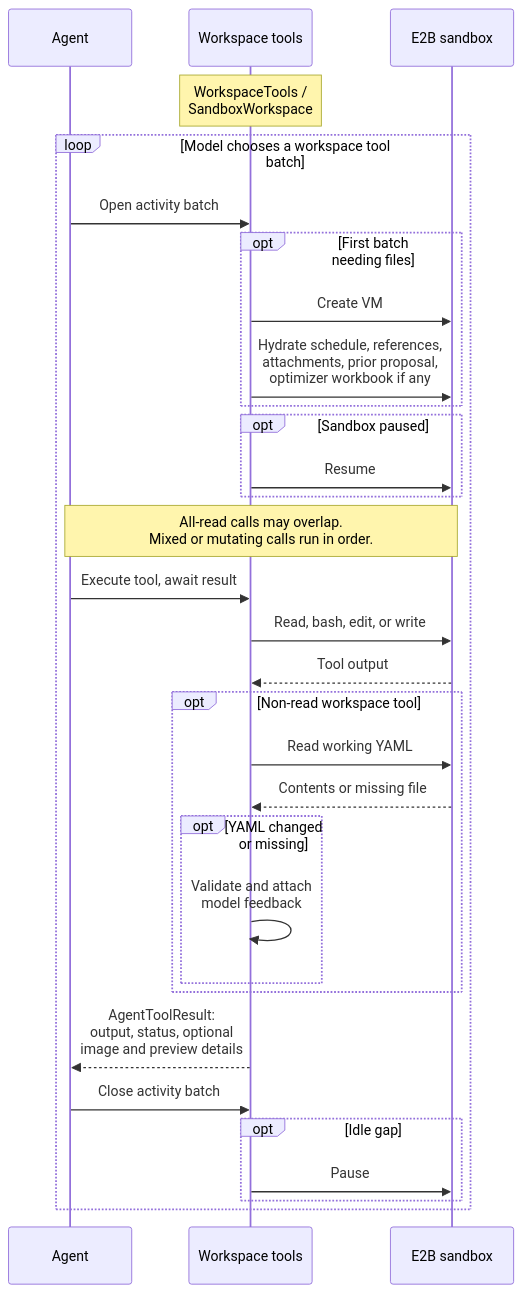
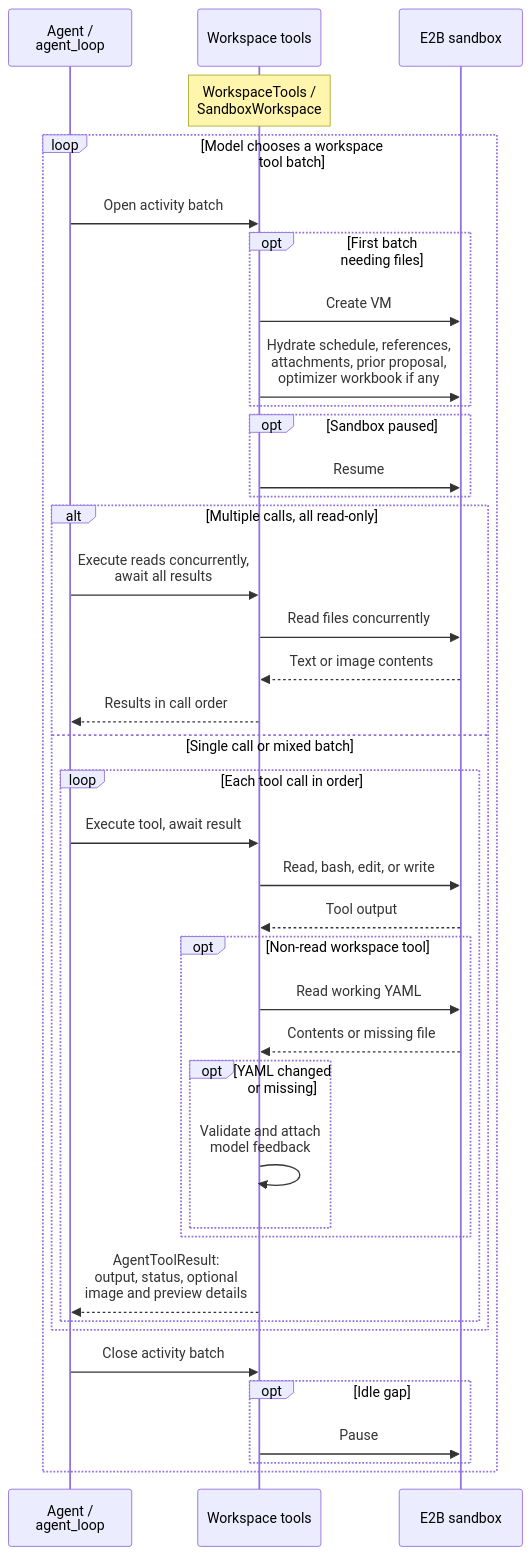
The seventh of 14 diagrams in docs/content/developer-guide/ai-assistant.md (j3soon/nurse-scheduling), drawn with Mermaid before and after one commit. The commit also changed other lines of this file and 1 other file, not shown here.

First line of the commit message:
docs(ai): clarify runtime flow and diagram relationships

````diff
--- a/docs/content/developer-guide/ai-assistant.md
+++ b/docs/content/developer-guide/ai-assistant.md
@@ -360,45 +292,53 @@
 ```mermaid
 ---
 config:
   sequence:
     actorMargin: 12
     width: 140
     diagramMarginX: 4
     diagramMarginY: 8
     wrap: false
     wrapPadding: 4
 ---
 sequenceDiagram
-    participant Agent
+    participant Agent as Agent /<br/>agent_loop
     participant Workspace as Workspace tools
     participant E2B as E2B sandbox
 
     Note over Workspace: WorkspaceTools /<br/>SandboxWorkspace
     loop Model chooses a workspace tool batch
         Agent->>Workspace: Open activity batch
         opt First batch<br/>needing files
             Workspace->>E2B: Create VM
             Workspace->>E2B: Hydrate schedule, references,<br/>attachments, prior proposal,<br/>optimizer workbook if any
         end
         opt Sandbox paused
             Workspace->>E2B: Resume
         end
-        Note over Agent,E2B: All-read calls may overlap.<br/>Mixed or mutating calls run in order.
-        Agent->>Workspace: Execute tool, await result
-        Workspace->>E2B: Read, bash, edit, or write
-        E2B-->>Workspace: Tool output
-        opt Non-read workspace tool
-            Workspace->>E2B: Read working YAML
-            E2B-->>Workspace: Contents or missing file
-            opt YAML changed<br/>or missing
-                Workspace->>Workspace: Validate and attach<br/>model feedback
+        alt Multiple calls, all read-only
+            Agent->>Workspace: Execute reads concurrently,<br/>await all results
+            Workspace->>E2B: Read files concurrently
+            E2B-->>Workspace: Text or image contents
+            Workspace-->>Agent: Results in call order
+        else Single call or mixed batch
+            loop Each tool call in order
+                Agent->>Workspace: Execute tool, await result
+                Workspace->>E2B: Read, bash, edit, or write
+                E2B-->>Workspace: Tool output
+                opt Non-read workspace tool
+                    Workspace->>E2B: Read working YAML
+                    E2B-->>Workspace: Contents or missing file
+                    opt YAML changed<br/>or missing
+                        Workspace->>Workspace: Validate and attach<br/>model feedback
+                    end
+                end
+                Workspace-->>Agent: AgentToolResult:<br/>output, status, optional<br/>image and preview details
             end
         end
-        Workspace-->>Agent: AgentToolResult:<br/>output, status, optional<br/>image and preview details
         Agent->>Workspace: Close activity batch
         opt Idle gap
             Workspace->>E2B: Pause
         end
     end
 
 ```
````
